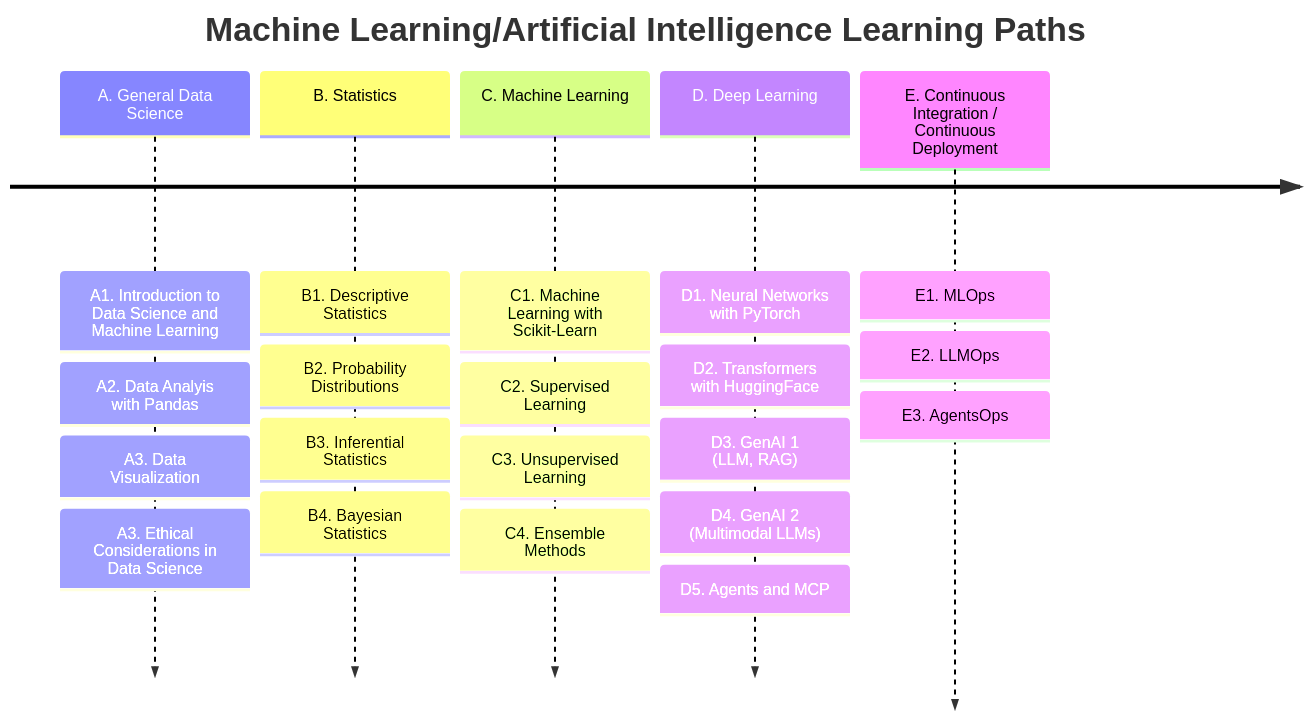
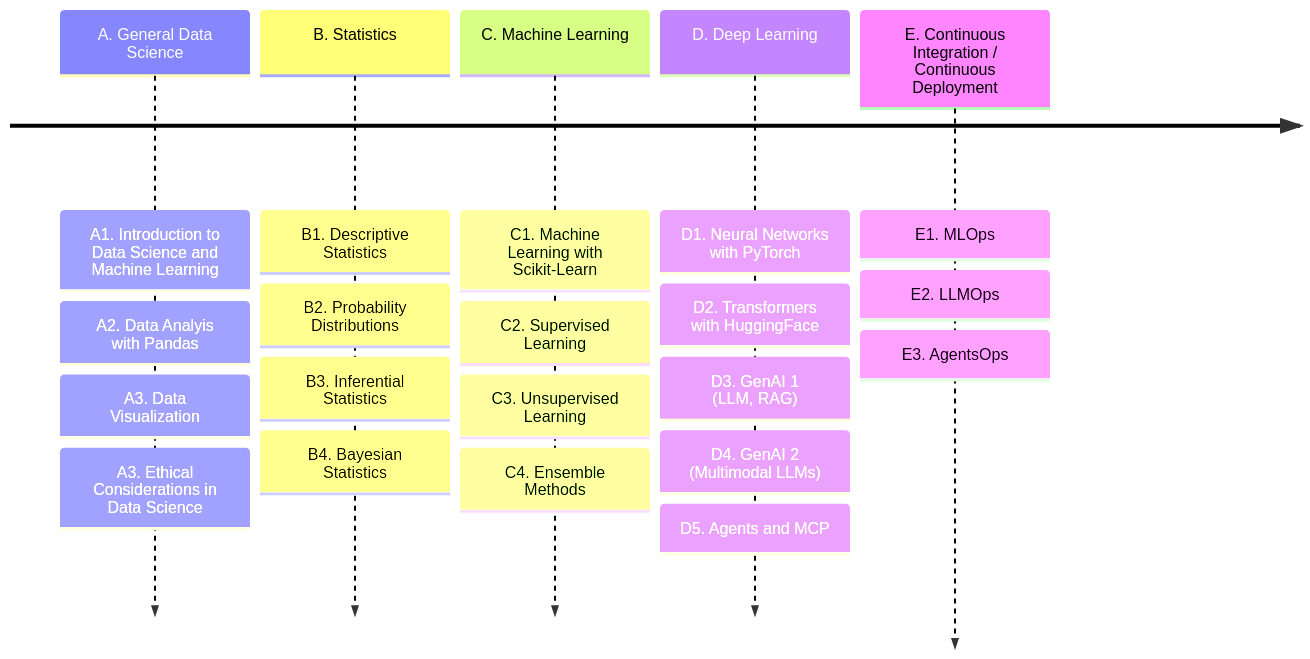
Before and after one commit to ua-datalab/ua-datalab.github.io: the diagram in docs/mlpaths_grids.md, drawn with Mermaid. The commit also changed other lines of this file, not shown here.

````diff
--- a/docs/mlpaths_grids.md
+++ b/docs/mlpaths_grids.md
@@ -10,25 +10,23 @@
 ```mermaid
 timeline
-
-    title Machine Learning/Artificial Intelligence Learning Paths
      A. General Data Science  : A1. Introduction to Data Science and Machine Learning
     	    	 	     : A2. Data Analyis with Pandas
 			     : A3. Data Visualization
 			     : A3. Ethical Considerations in Data Science
      B. Statistics : B1. Descriptive Statistics
                   : B2. Probability Distributions
 		  : B3. Inferential Statistics
 		  : B4. Bayesian Statistics
      C. Machine Learning  : C1. Machine Learning with Scikit-Learn
        	       		: C2. Supervised Learning
 	        	 : C3. Unsupervised Learning
 			 : C4. Ensemble Methods
      D. Deep Learning  : D1. Neural Networks with PyTorch
 		    : D2. Transformers with HuggingFace
 		    : D3. GenAI 1 <br> (LLM, RAG) 
 		    : D4. GenAI 2 <br> (Multimodal LLMs)
 		    : D5. Agents and MCP
      E. Continuous Integration / Continuous Deployment : E1. MLOps
        		  	      		   	       : E2. LLMOps
 						       : E3. AgentsOps
 ```
````
